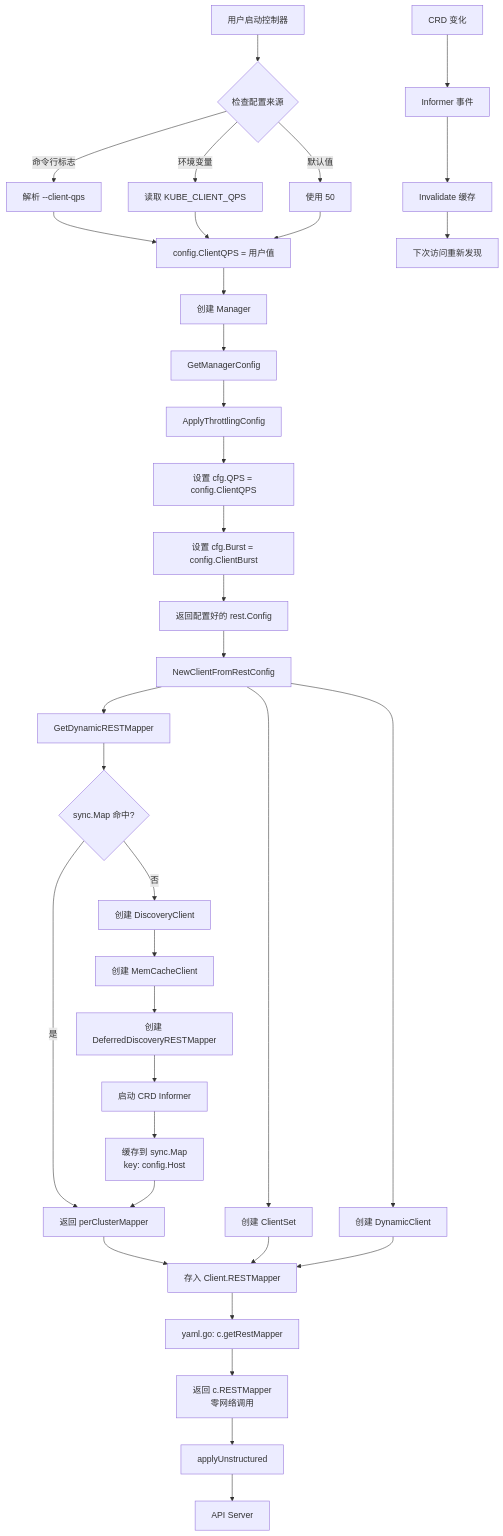
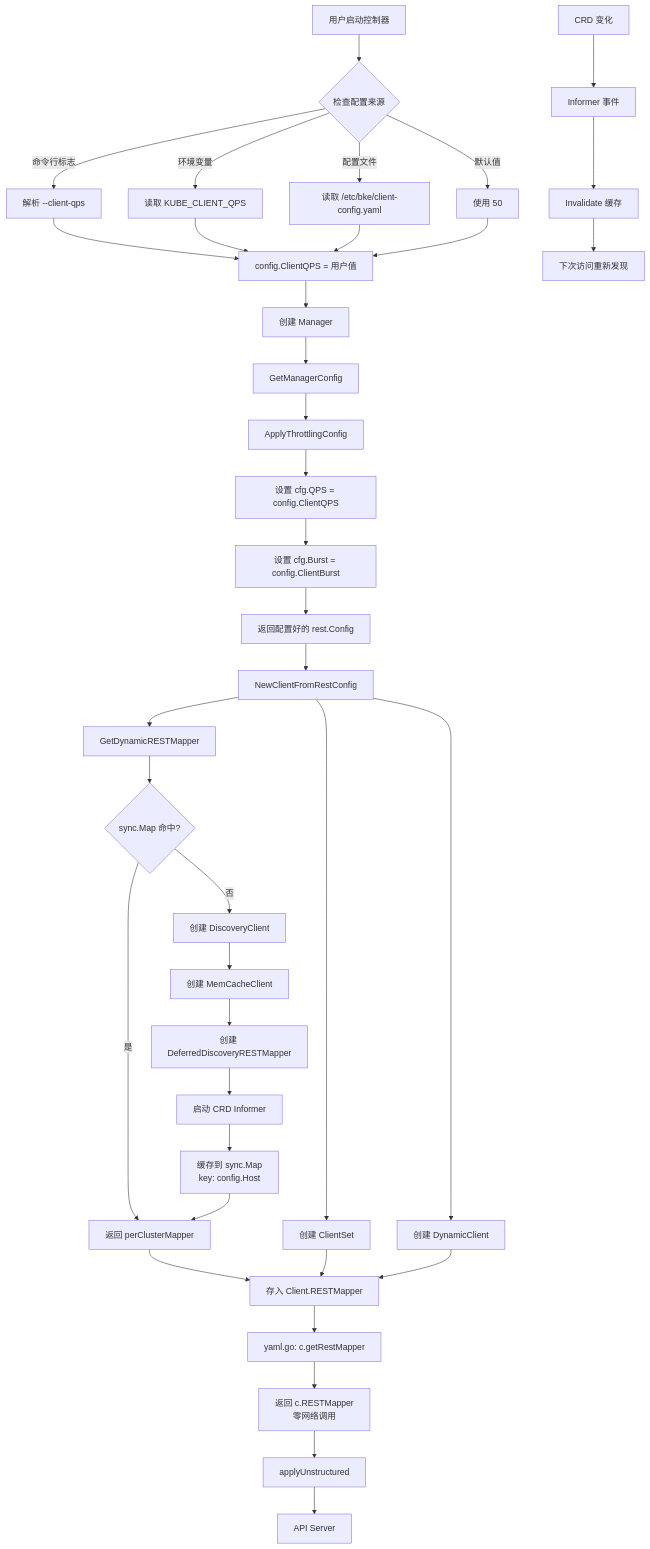
The fourth of 7 diagrams in code/performance/report/api-throttling-optimization.md (javadoors/cluster-api-provider-bke), drawn with Mermaid before and after one commit. The commit also changed other lines of this file, not shown here.

````diff
--- a/code/performance/report/api-throttling-optimization.md
+++ b/code/performance/report/api-throttling-optimization.md
@@ -973,45 +1080,47 @@
 ```mermaid
 graph TD
     A[用户启动控制器] --> B{检查配置来源}
     B -->|命令行标志| C[解析 --client-qps]
     B -->|环境变量| D[读取 KUBE_CLIENT_QPS]
+    B -->|配置文件| D1[读取 /etc/bke/client-config.yaml]
     B -->|默认值| E[使用 50]
     
     C --> F[config.ClientQPS = 用户值]
     D --> F
+    D1 --> F
     E --> F
     
     F --> G[创建 Manager]
     G --> H[GetManagerConfig]
     H --> I[ApplyThrottlingConfig]
     I --> J[设置 cfg.QPS = config.ClientQPS]
     J --> K[设置 cfg.Burst = config.ClientBurst]
     K --> L[返回配置好的 rest.Config]
     
     L --> M[NewClientFromRestConfig]
     M --> M1[创建 ClientSet]
     M --> M2[创建 DynamicClient]
     M --> M3[GetDynamicRESTMapper]
     
     M3 --> N{sync.Map 命中?}
     N -->|是| P[返回 perClusterMapper]
     N -->|否| Q[创建 DiscoveryClient]
     Q --> R[创建 MemCacheClient]
     R --> S[创建 DeferredDiscoveryRESTMapper]
     S --> T[启动 CRD Informer]
     T --> U[缓存到 sync.Map<br/>key: config.Host]
     U --> P
     
     P --> M4[存入 Client.RESTMapper]
     M1 --> M4
     M2 --> M4
     
     M4 --> V1[yaml.go: c.getRestMapper]
     V1 --> V2[返回 c.RESTMapper<br/>零网络调用]
     V2 --> V3[applyUnstructured]
     V3 --> W[API Server]
     
     X[CRD 变化] --> Y[Informer 事件]
     Y --> Z[Invalidate 缓存]
     Z --> AA[下次访问重新发现]
 ```
````
